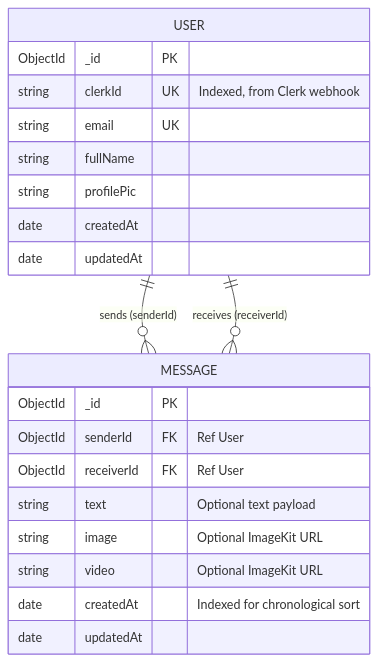
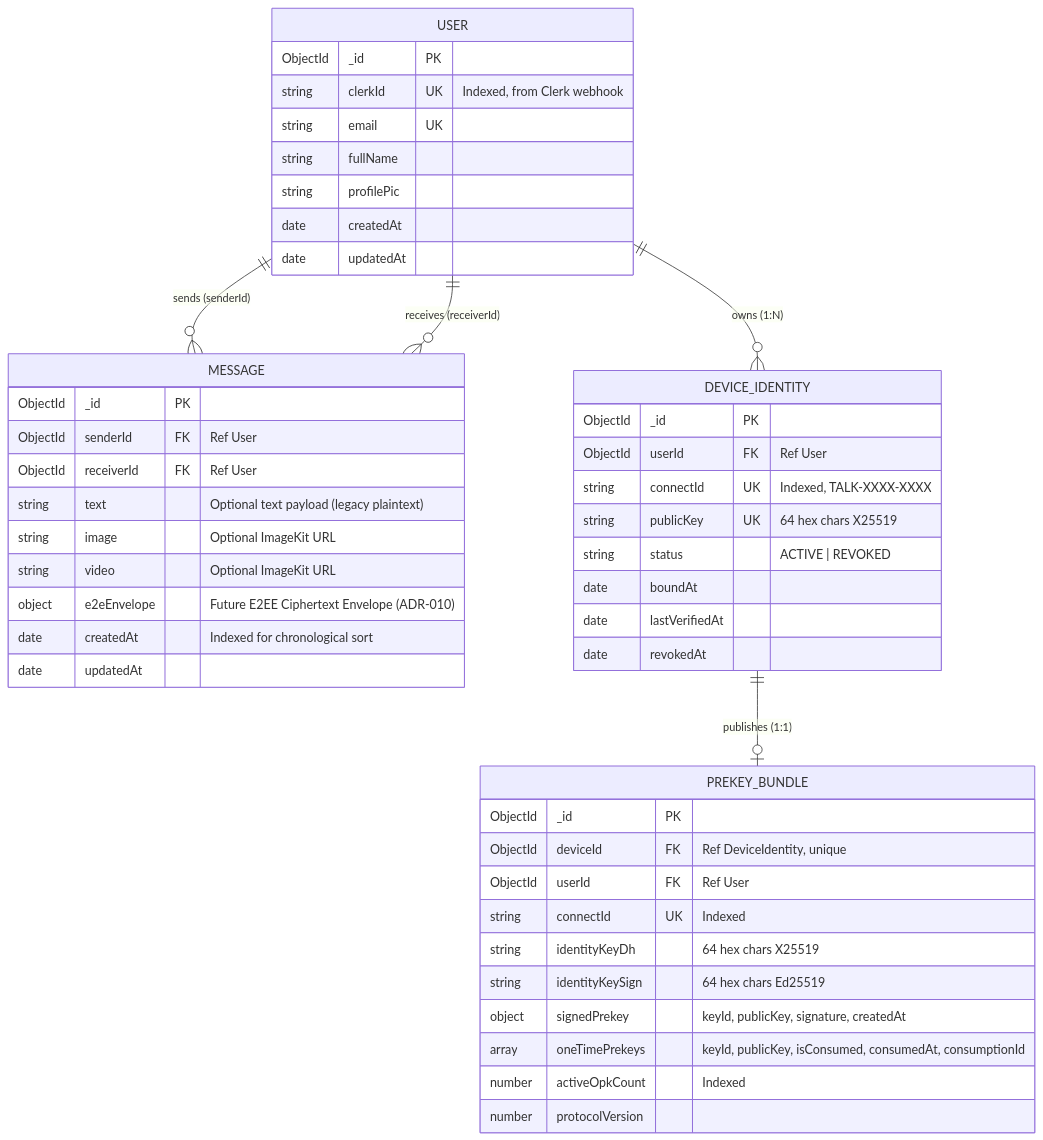
Before and after one commit to SANDILYA333/TALK: the diagram in Plan/architecture.md, drawn with Mermaid. The commit also changed other lines of this file, not shown here.

Commit message:
docs: document E2E encryption architecture and prekey infrastructure while establishing foundational protocol test coverage

````diff
--- a/Plan/architecture.md
+++ b/Plan/architecture.md
@@ -70,26 +84,53 @@
 ```mermaid
 erDiagram
     USER ||--o{ MESSAGE : "sends (senderId)"
     USER ||--o{ MESSAGE : "receives (receiverId)"
+    USER ||--o{ DEVICE_IDENTITY : "owns (1:N)"
+    DEVICE_IDENTITY ||--o| PREKEY_BUNDLE : "publishes (1:1)"
 
     USER {
         ObjectId _id PK
         string clerkId UK "Indexed, from Clerk webhook"
         string email UK
         string fullName
         string profilePic
         date createdAt
         date updatedAt
     }
 
+    DEVICE_IDENTITY {
+        ObjectId _id PK
+        ObjectId userId FK "Ref User"
+        string connectId UK "Indexed, TALK-XXXX-XXXX"
+        string publicKey UK "64 hex chars X25519"
+        string status "ACTIVE | REVOKED"
+        date boundAt
+        date lastVerifiedAt
+        date revokedAt
+    }
+
+    PREKEY_BUNDLE {
+        ObjectId _id PK
+        ObjectId deviceId FK "Ref DeviceIdentity, unique"
+        ObjectId userId FK "Ref User"
+        string connectId UK "Indexed"
+        string identityKeyDh "64 hex chars X25519"
+        string identityKeySign "64 hex chars Ed25519"
+        object signedPrekey "keyId, publicKey, signature, createdAt"
+        array oneTimePrekeys "keyId, publicKey, isConsumed, consumedAt, consumptionId"
+        number activeOpkCount "Indexed"
+        number protocolVersion
+    }
+
     MESSAGE {
         ObjectId _id PK
         ObjectId senderId FK "Ref User"
         ObjectId receiverId FK "Ref User"
-        string text "Optional text payload"
+        string text "Optional text payload (legacy plaintext)"
         string image "Optional ImageKit URL"
         string video "Optional ImageKit URL"
+        object e2eEnvelope "Future E2EE Ciphertext Envelope (ADR-010)"
         date createdAt "Indexed for chronological sort"
         date updatedAt
     }
 ```
````
